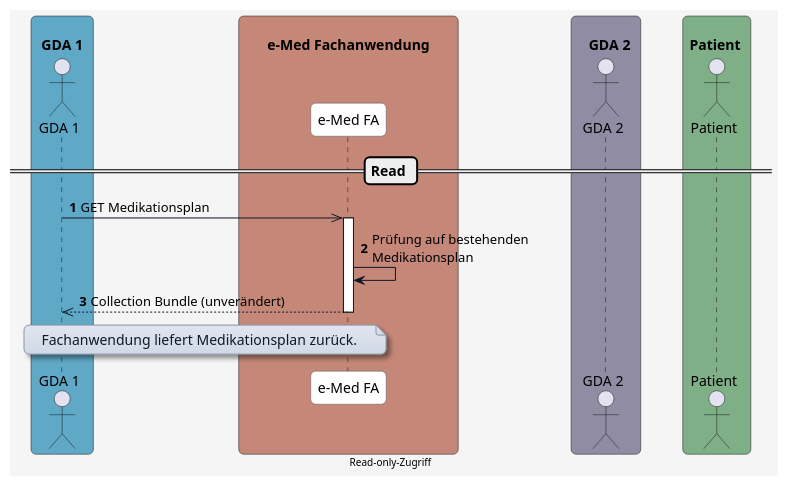
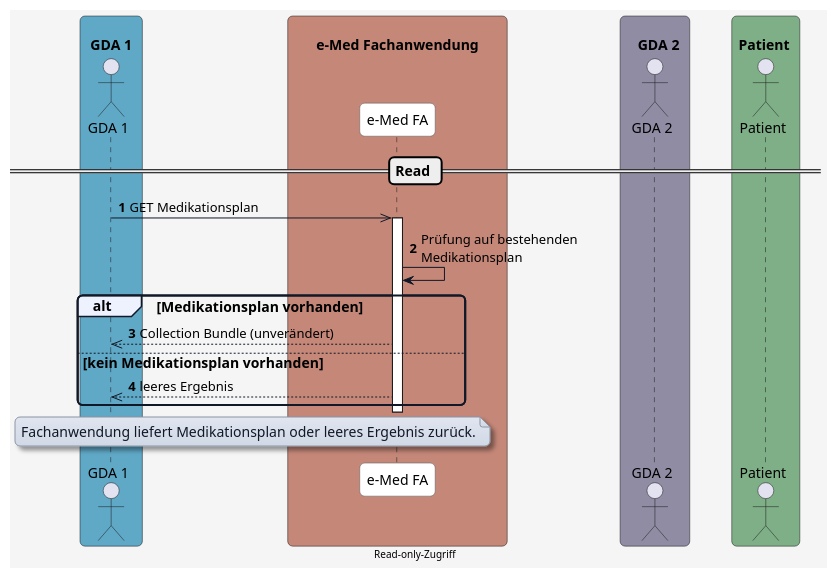
One commit to HL7Austria/ELGA-e-Medikation-R4 changed the diagram in input/images-source/diagram_read.plantuml. Above: the diagram before and after it, drawn with PlantUML. The commit also changed 26 other files, not shown here.

```diff
--- a/input/images-source/diagram_read.plantuml
+++ b/input/images-source/diagram_read.plantuml
@@ -1,79 +1,84 @@
 @startuml
 skinparam borderColor #000000
 skinparam backgroundColor #f5f5f5
 skinparam shadowing false
 skinparam roundCorner 10
 skinparam defaultFontName "Arial"
 skinparam defaultFontSize 14
 skinparam defaultFontColor #000000
 
 skinparam note {
   BackgroundColor #e0e5f0-#d1d9e6
   BorderColor #8b95a5
   BorderThickness 1
   RoundCorner 8
   Padding 6
   FontColor #111827
   Shadowing true
 }
 
 skinparam HyperlinkColor #0000EE
 skinparam HyperlinkUnderline false
 
 skinparam sequence {
   ParticipantBorderColor #555555
   ParticipantBackgroundColor #ffffff
   ParticipantFontColor #000000
   ParticipantFontSize 14
   ParticipantPadding 20
   ArrowColor #111827
   ArrowThickness 1
   ArrowFontColor #000000
   ArrowFontSize 13
   GroupBorderColor #111827
   GroupBackgroundColor #eef2ff
   GroupBorderThickness 2
 }
 
 skinparam BoxPadding 20
 skinparam BoxBorderColor #555555
 
 box "\n  GDA 1  " #5FA8C6
   actor GDA_1 as "GDA 1"
 end box
 
 box "\n       e-Med Fachanwendung       " #C48778
   participant eMed_FA as "e-Med FA"
 end box
 
 box "\n    GDA 2  " #8F8CA3
   actor GDA_2 as "GDA 2"
 end box
 
 box "\n Patient  " #7FAF87
   actor Patient as "Patient"
 end box
 
 
 autonumber
 
 == Read ==
 
 GDA_1 ->> eMed_FA: GET Medikationsplan
 
 activate eMed_FA
 eMed_FA -> eMed_FA: Prüfung auf bestehenden\nMedikationsplan
 
-eMed_FA -->> GDA_1: Collection Bundle (unverändert)
+alt Medikationsplan vorhanden
+  eMed_FA -->> GDA_1: Collection Bundle (unverändert)
+
+else kein Medikationsplan vorhanden
+  eMed_FA -->> GDA_1: leeres Ergebnis
+end
 
 deactivate eMed_FA
 
 note over GDA_1, eMed_FA
-Fachanwendung liefert Medikationsplan zurück.
+Fachanwendung liefert Medikationsplan oder leeres Ergebnis zurück.
 end note
 
 deactivate eMed_FA
 
 center footer Read-only-Zugriff
 
 @enduml
```
